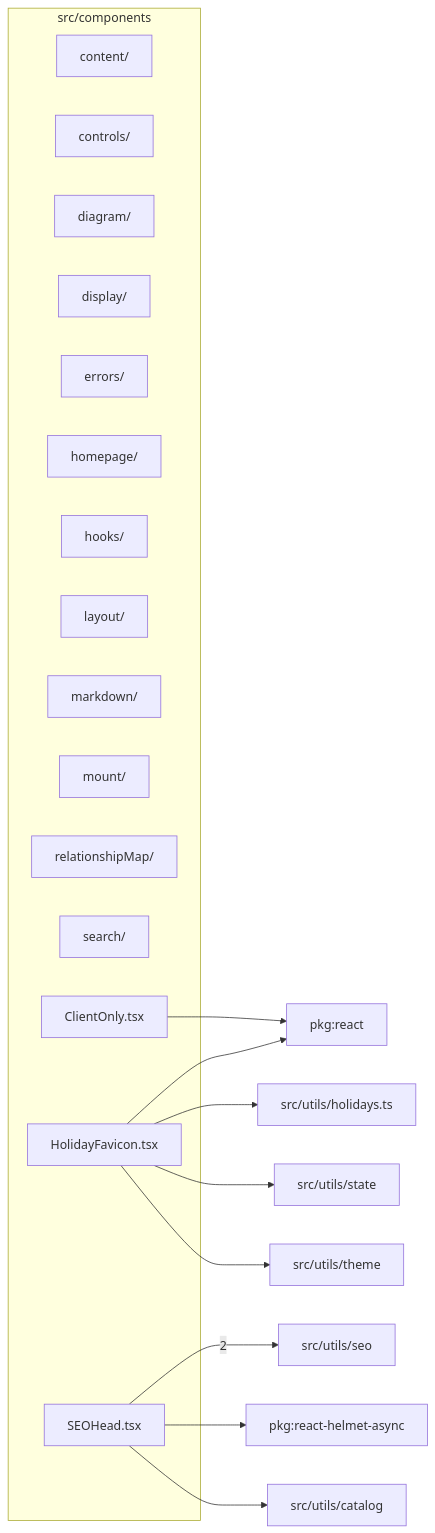
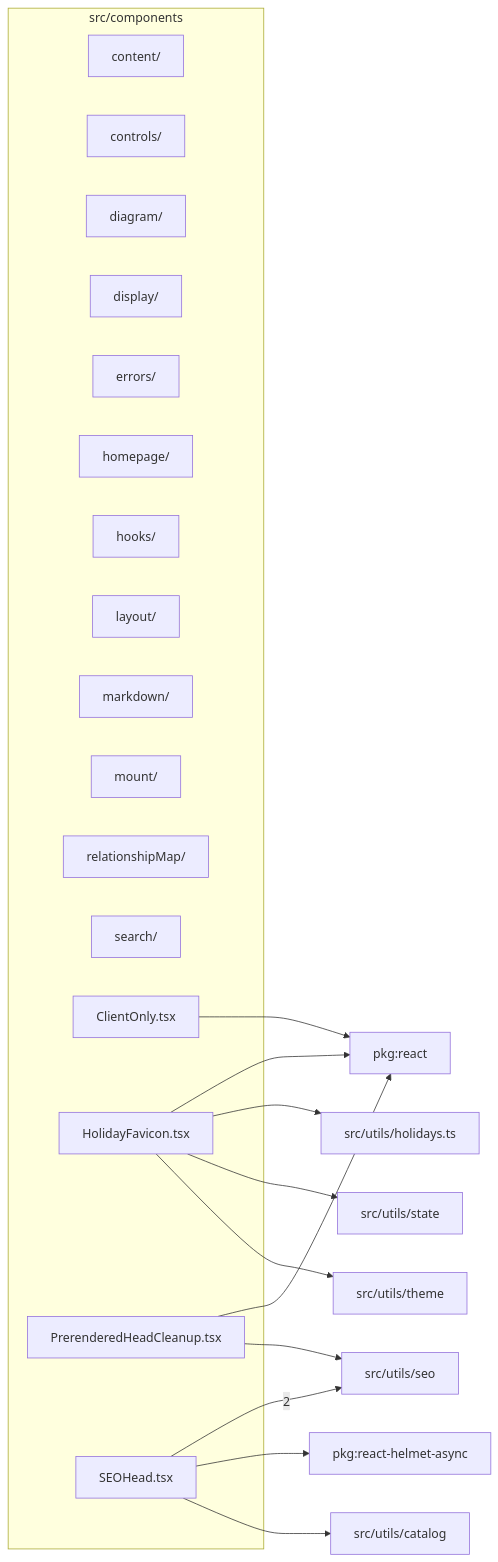
Before and after one commit to ronbuening/LensVisualizer: the diagram in src/components/readme.md, drawn with Mermaid. The commit also changed other lines of this file and 10 other files, not shown here.

````diff
--- a/src/components/readme.md
+++ b/src/components/readme.md
@@ -9,35 +9,38 @@
 ```mermaid
 flowchart LR
   subgraph n_src_components["src/components"]
     n_src_components_src_components_content["content/"]
     n_src_components_src_components_controls["controls/"]
     n_src_components_src_components_diagram["diagram/"]
     n_src_components_src_components_display["display/"]
     n_src_components_src_components_errors["errors/"]
     n_src_components_src_components_homepage["homepage/"]
     n_src_components_src_components_hooks["hooks/"]
     n_src_components_src_components_layout["layout/"]
     n_src_components_src_components_markdown["markdown/"]
     n_src_components_src_components_mount["mount/"]
     n_src_components_src_components_relationshipMap["relationshipMap/"]
     n_src_components_src_components_search["search/"]
     n_src_components_src_components_ClientOnly_tsx["ClientOnly.tsx"]
     n_src_components_src_components_HolidayFavicon_tsx["HolidayFavicon.tsx"]
+    n_src_components_src_components_PrerenderedHeadCleanup_tsx["PrerenderedHeadCleanup.tsx"]
     n_src_components_src_components_SEOHead_tsx["SEOHead.tsx"]
   end
   n_external_src_utils_seo["src/utils/seo"]
   n_external_pkg_react["pkg:react"]
   n_external_pkg_react_helmet_async["pkg:react-helmet-async"]
   n_external_src_utils_catalog["src/utils/catalog"]
   n_external_src_utils_holidays_ts["src/utils/holidays.ts"]
   n_external_src_utils_state["src/utils/state"]
   n_external_src_utils_theme["src/utils/theme"]
   n_src_components_src_components_SEOHead_tsx --> |2| n_external_src_utils_seo
   n_src_components_src_components_ClientOnly_tsx --> n_external_pkg_react
   n_src_components_src_components_HolidayFavicon_tsx --> n_external_pkg_react
+  n_src_components_src_components_PrerenderedHeadCleanup_tsx --> n_external_pkg_react
   n_src_components_src_components_SEOHead_tsx --> n_external_pkg_react_helmet_async
   n_src_components_src_components_SEOHead_tsx --> n_external_src_utils_catalog
   n_src_components_src_components_HolidayFavicon_tsx --> n_external_src_utils_holidays_ts
+  n_src_components_src_components_PrerenderedHeadCleanup_tsx --> n_external_src_utils_seo
   n_src_components_src_components_HolidayFavicon_tsx --> n_external_src_utils_state
   n_src_components_src_components_HolidayFavicon_tsx --> n_external_src_utils_theme
 ```
````
